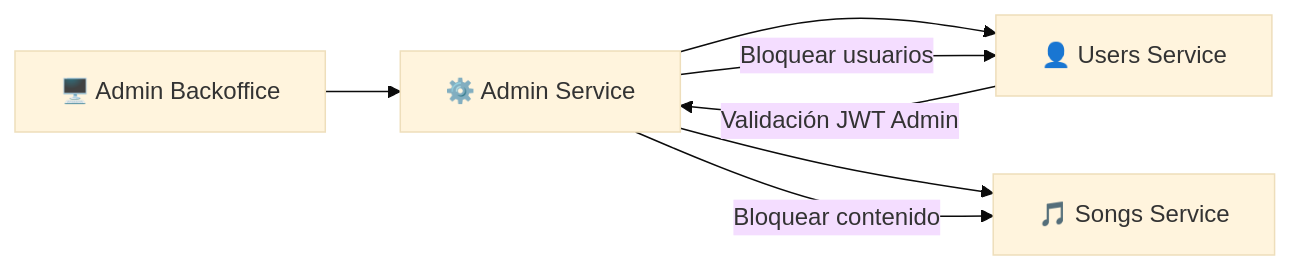
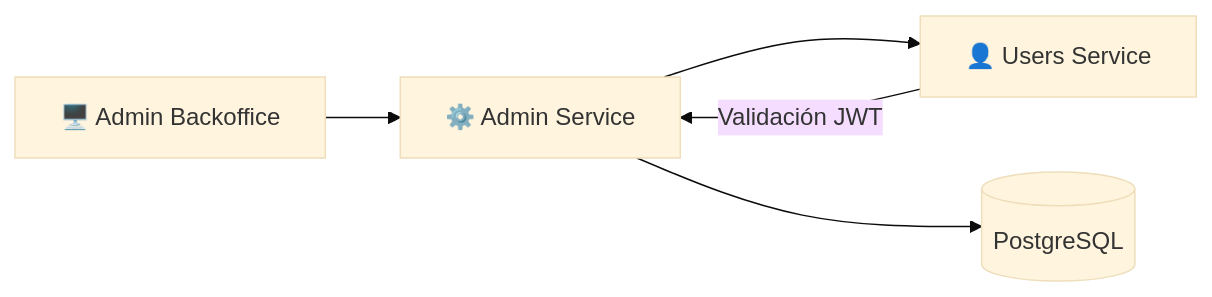
The diagram in docs/services/admin-service.md (Melodia-FIUBA/docs), drawn with Mermaid (base theme) before and after one commit. The commit also changed other lines of this file and 17 other files, not shown here.

````diff
--- a/docs/services/admin-service.md
+++ b/docs/services/admin-service.md
@@ -144,12 +11,10 @@
 ```mermaid
 graph LR
-    Admin[⚙️ Admin Service]
-    
-    Admin --> Users[👤 Users Service]
-    Admin --> Songs[🎵 Songs Service]
-    Backoffice[🖥️ Admin Backoffice] --> Admin
-    
-    Users --> |Validación JWT Admin| Admin
-    Admin --> |Bloquear usuarios| Users
-    Admin --> |Bloquear contenido| Songs
+    AdminSvc[⚙️ Admin Service]
+
+    Backoffice[🖥️ Admin Backoffice] --> AdminSvc
+    AdminSvc --> Users[👤 Users Service]
+    AdminSvc --> DB[(PostgreSQL)]
+
+    Users --> |Validación JWT| AdminSvc
 ```
````
